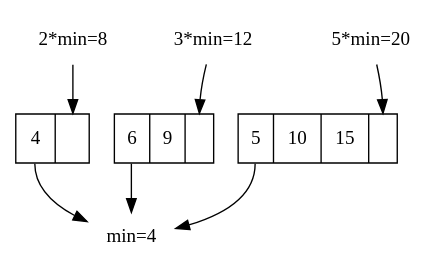
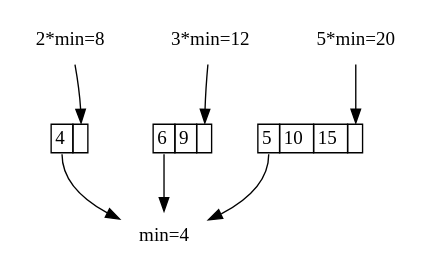
The diagram in others/preface/img/q235-3.dot (liuxinyu95/AlgoXY), drawn with Graphviz before and after one commit. The commit also changed 7 other files, not shown here.

```diff
--- a/others/preface/img/q235-3.dot
+++ b/others/preface/img/q235-3.dot
@@ -1,19 +1,22 @@
 digraph G{
 	margin="0"
-	node[shape=record]
-	q2[label="<head> 4 | <tail>"];
-	q3[label="<head> 6|9| <tail>"];
-	q5[label="<head> 5 |10|15| <tail>"];
-	x[label="min=4", shape=none];
-	x2[label="2*min=8", shape=none];
-	x3[label="3*min=12", shape=none];
-	x5[label="5*min=20", shape=none];
+	node[shape=plaintext]
+	q2[label=<<table BORDER="0" CELLBORDER="1" CELLSPACING="0">
+       <tr><td port="head">4</td><td port="tail"> </td></tr></table>>]
+	q3[label=<<table BORDER="0" CELLBORDER="1" CELLSPACING="0">
+       <tr><td port="head">6</td><td>9</td><td port="tail"> </td></tr></table>>]
+	q5[label=<<table BORDER="0" CELLBORDER="1" CELLSPACING="0">
+       <tr><td port="head">5</td><td>10</td><td>15</td><td port="tail"> </td></tr></table>>]
+	x[label="min=4", style=filled, color=white];
+	x2[label="2*min=8", style=filled, color=white];
+	x3[label="3*min=12", style=filled, color=white];
+	x5[label="5*min=20", style=filled, color=white];
 	q2:head->x;
 	q3:head->x;
 	q5:head->x;
 	x2->x3->x5[style=invis];
 	x2->q2:tail;
 	x3->q3:tail;
 	x5->q5:tail;
 	{rank = same; x2; x3; x5}
 }
```
